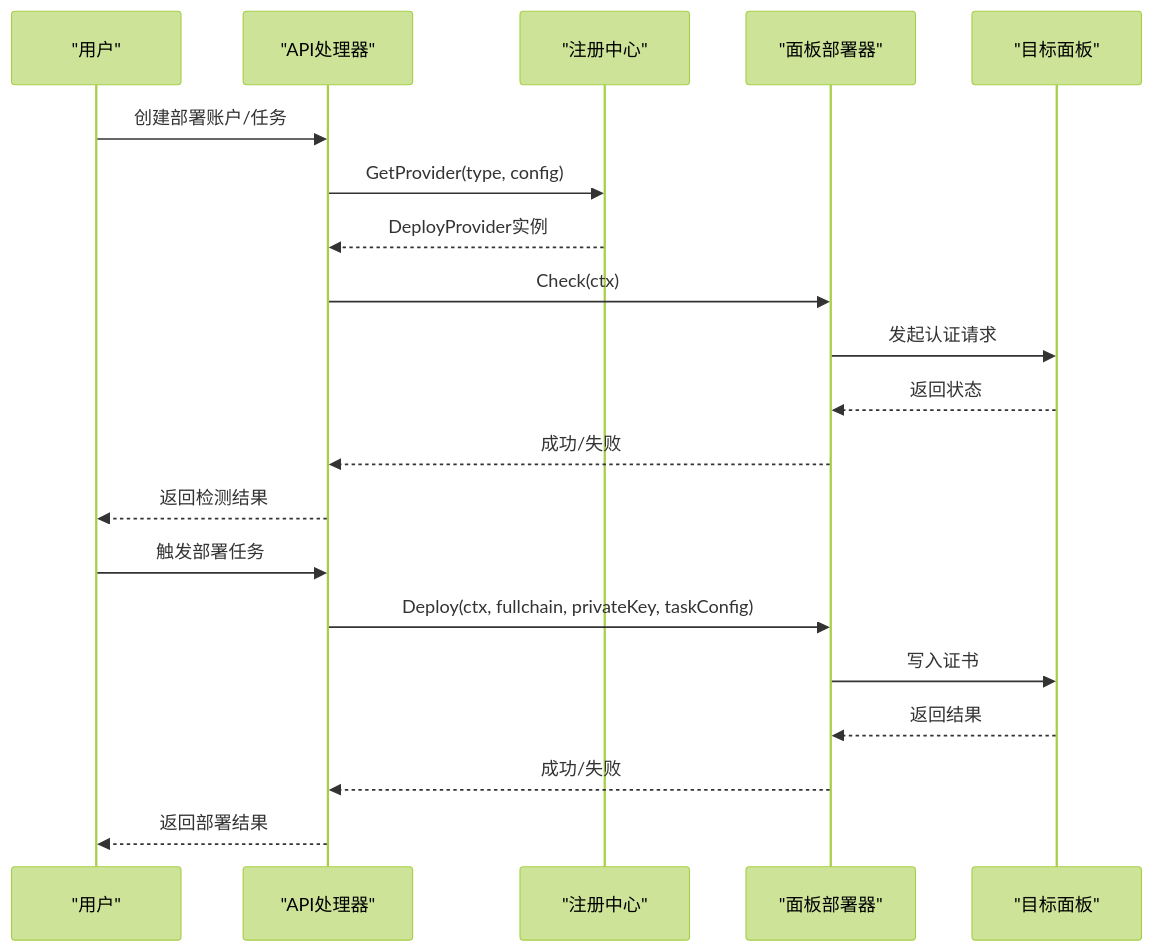
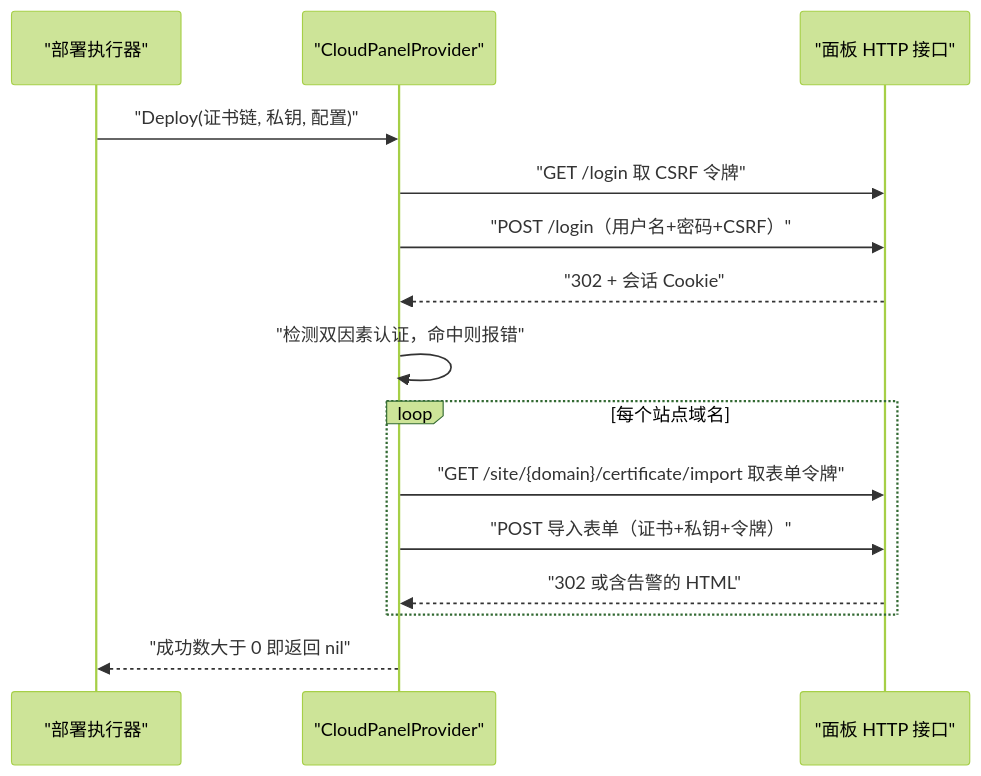
The second of 4 diagrams in docs/证书管理功能/证书部署策略/面板部署.md (x01n/dnsplane), drawn with Mermaid (forest theme) before and after one commit. The commit also changed other lines of this file and 326 other files, not shown here.

````diff
--- a/docs/证书管理功能/证书部署策略/面板部署.md
+++ b/docs/证书管理功能/证书部署策略/面板部署.md
@@ -98,22 +195,17 @@
 ```mermaid
 sequenceDiagram
-participant U as "用户"
-participant API as "API处理器"
-participant REG as "注册中心"
-participant P as "面板部署器"
-participant PANEL as "目标面板"
-U->>API : 创建部署账户/任务
-API->>REG : GetProvider(type, config)
-REG-->>API : DeployProvider实例
-API->>P : Check(ctx)
-P->>PANEL : 发起认证请求
-PANEL-->>P : 返回状态
-P-->>API : 成功/失败
-API-->>U : 返回检测结果
-U->>API : 触发部署任务
-API->>P : Deploy(ctx, fullchain, privateKey, taskConfig)
-P->>PANEL : 写入证书
-PANEL-->>P : 返回结果
-P-->>API : 成功/失败
-API-->>U : 返回部署结果
+    participant H as "部署执行器"
+    participant C as "CloudPanelProvider"
+    participant P as "面板 HTTP 接口"
+    H->>C : "Deploy(证书链, 私钥, 配置)"
+    C->>P : "GET /login 取 CSRF 令牌"
+    C->>P : "POST /login（用户名+密码+CSRF）"
+    P-->>C : "302 + 会话 Cookie"
+    C->>C : "检测双因素认证，命中则报错"
+    loop 每个站点域名
+        C->>P : "GET /site/{domain}/certificate/import 取表单令牌"
+        C->>P : "POST 导入表单（证书+私钥+令牌）"
+        P-->>C : "302 或含告警的 HTML"
+    end
+    C-->>H : "成功数大于 0 即返回 nil"
 ```
````
